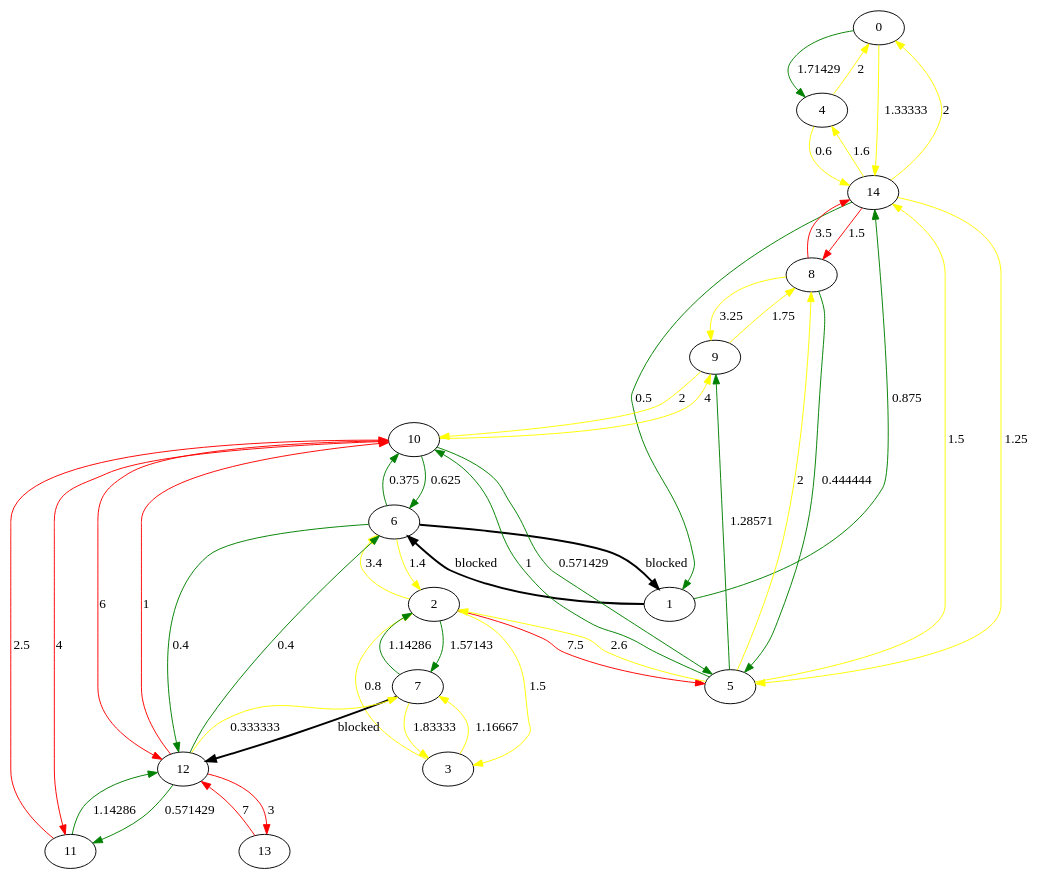
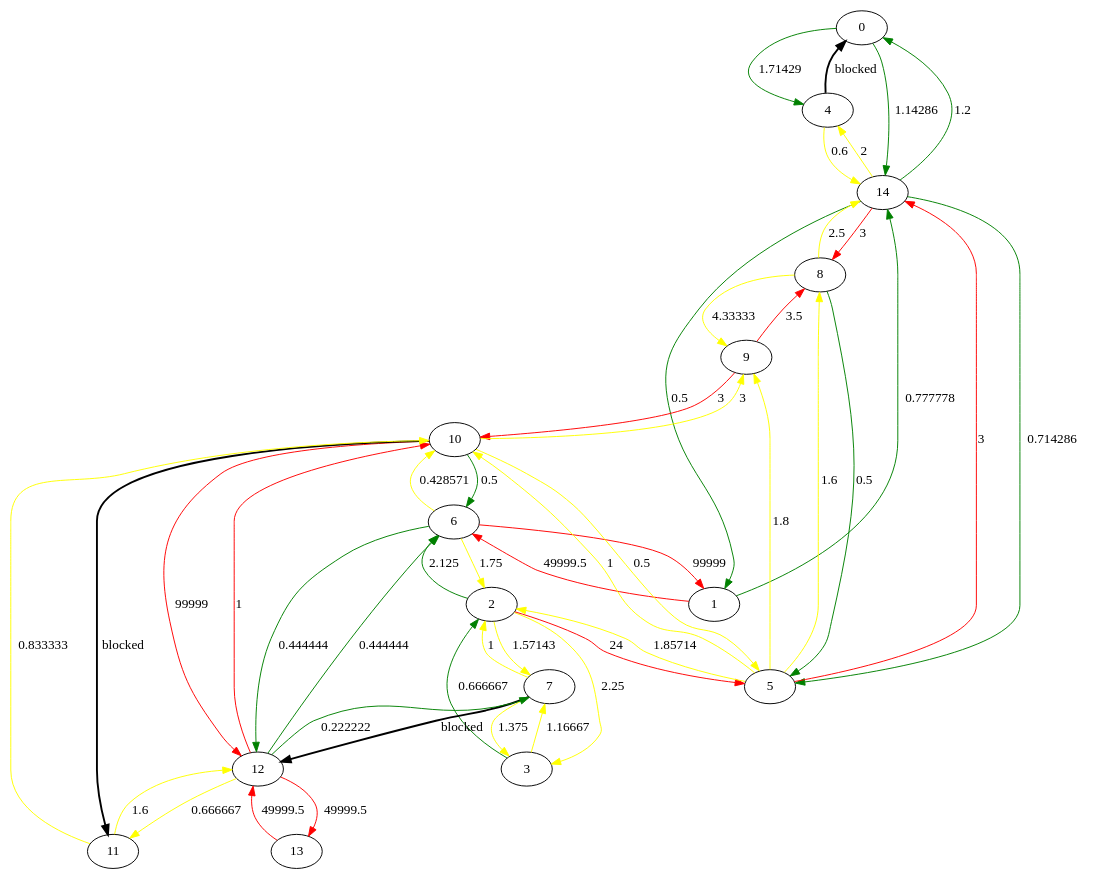
The diagram in output.dot (Code-with-ease/road-not-taken), drawn with Graphviz before and after one commit. The commit also changed 20 other files, not shown here.

```diff
--- a/output.dot
+++ b/output.dot
@@ -1,49 +1,49 @@
 digraph Test {
 0 -> 4[label="1.71429",color= green, penwidth="1"];
-0 -> 14[label="1.33333",color= yellow, penwidth="1"];
-1 -> 6[label="blocked",color= black, penwidth="2"];
-1 -> 14[label="0.875",color= green, penwidth="1"];
-2 -> 3[label="1.5",color= yellow, penwidth="1"];
-2 -> 5[label="7.5",color= red, penwidth="1"];
-2 -> 6[label="3.4",color= yellow, penwidth="1"];
-2 -> 7[label="1.57143",color= green, penwidth="1"];
-3 -> 2[label="0.8",color= yellow, penwidth="1"];
+0 -> 14[label="1.14286",color= green, penwidth="1"];
+1 -> 6[label="49999.5",color= red, penwidth="1"];
+1 -> 14[label="0.777778",color= green, penwidth="1"];
+2 -> 3[label="2.25",color= yellow, penwidth="1"];
+2 -> 5[label="24",color= red, penwidth="1"];
+2 -> 6[label="2.125",color= green, penwidth="1"];
+2 -> 7[label="1.57143",color= yellow, penwidth="1"];
+3 -> 2[label="0.666667",color= green, penwidth="1"];
 3 -> 7[label="1.16667",color= yellow, penwidth="1"];
-4 -> 0[label="2",color= yellow, penwidth="1"];
+4 -> 0[label="blocked",color= black, penwidth="2"];
 4 -> 14[label="0.6",color= yellow, penwidth="1"];
-5 -> 2[label="2.6",color= yellow, penwidth="1"];
-5 -> 8[label="2",color= yellow, penwidth="1"];
-5 -> 9[label="1.28571",color= green, penwidth="1"];
-5 -> 10[label="1",color= green, penwidth="1"];
-5 -> 14[label="1.5",color= yellow, penwidth="1"];
-6 -> 1[label="blocked",color= black, penwidth="2"];
-6 -> 2[label="1.4",color= yellow, penwidth="1"];
-6 -> 10[label="0.375",color= green, penwidth="1"];
-6 -> 12[label="0.4",color= green, penwidth="1"];
-7 -> 2[label="1.14286",color= green, penwidth="1"];
-7 -> 3[label="1.83333",color= yellow, penwidth="1"];
+5 -> 2[label="1.85714",color= yellow, penwidth="1"];
+5 -> 8[label="1.6",color= yellow, penwidth="1"];
+5 -> 9[label="1.8",color= yellow, penwidth="1"];
+5 -> 10[label="1",color= yellow, penwidth="1"];
+5 -> 14[label="3",color= red, penwidth="1"];
+6 -> 1[label="99999",color= red, penwidth="1"];
+6 -> 2[label="1.75",color= yellow, penwidth="1"];
+6 -> 10[label="0.428571",color= yellow, penwidth="1"];
+6 -> 12[label="0.444444",color= green, penwidth="1"];
+7 -> 2[label="1",color= yellow, penwidth="1"];
+7 -> 3[label="1.375",color= yellow, penwidth="1"];
 7 -> 12[label="blocked",color= black, penwidth="2"];
-8 -> 5[label="0.444444",color= green, penwidth="1"];
-8 -> 9[label="3.25",color= yellow, penwidth="1"];
-8 -> 14[label="3.5",color= red, penwidth="1"];
-9 -> 8[label="1.75",color= yellow, penwidth="1"];
-9 -> 10[label="2",color= yellow, penwidth="1"];
-10 -> 5[label="0.571429",color= green, penwidth="1"];
-10 -> 6[label="0.625",color= green, penwidth="1"];
-10 -> 9[label="4",color= yellow, penwidth="1"];
-10 -> 11[label="4",color= red, penwidth="1"];
-10 -> 12[label="6",color= red, penwidth="1"];
-11 -> 10[label="2.5",color= red, penwidth="1"];
-11 -> 12[label="1.14286",color= green, penwidth="1"];
-12 -> 6[label="0.4",color= green, penwidth="1"];
-12 -> 7[label="0.333333",color= yellow, penwidth="1"];
+8 -> 5[label="0.5",color= green, penwidth="1"];
+8 -> 9[label="4.33333",color= yellow, penwidth="1"];
+8 -> 14[label="2.5",color= yellow, penwidth="1"];
+9 -> 8[label="3.5",color= red, penwidth="1"];
+9 -> 10[label="3",color= red, penwidth="1"];
+10 -> 5[label="0.5",color= yellow, penwidth="1"];
+10 -> 6[label="0.5",color= green, penwidth="1"];
+10 -> 9[label="3",color= yellow, penwidth="1"];
+10 -> 11[label="blocked",color= black, penwidth="2"];
+10 -> 12[label="99999",color= red, penwidth="1"];
+11 -> 10[label="0.833333",color= yellow, penwidth="1"];
+11 -> 12[label="1.6",color= yellow, penwidth="1"];
+12 -> 6[label="0.444444",color= green, penwidth="1"];
+12 -> 7[label="0.222222",color= green, penwidth="1"];
 12 -> 10[label="1",color= red, penwidth="1"];
-12 -> 11[label="0.571429",color= green, penwidth="1"];
-12 -> 13[label="3",color= red, penwidth="1"];
-13 -> 12[label="7",color= red, penwidth="1"];
-14 -> 0[label="2",color= yellow, penwidth="1"];
+12 -> 11[label="0.666667",color= yellow, penwidth="1"];
+12 -> 13[label="49999.5",color= red, penwidth="1"];
+13 -> 12[label="49999.5",color= red, penwidth="1"];
+14 -> 0[label="1.2",color= green, penwidth="1"];
 14 -> 1[label="0.5",color= green, penwidth="1"];
-14 -> 4[label="1.6",color= yellow, penwidth="1"];
-14 -> 5[label="1.25",color= yellow, penwidth="1"];
-14 -> 8[label="1.5",color= red, penwidth="1"];
+14 -> 4[label="2",color= yellow, penwidth="1"];
+14 -> 5[label="0.714286",color= green, penwidth="1"];
+14 -> 8[label="3",color= red, penwidth="1"];
 }
```
